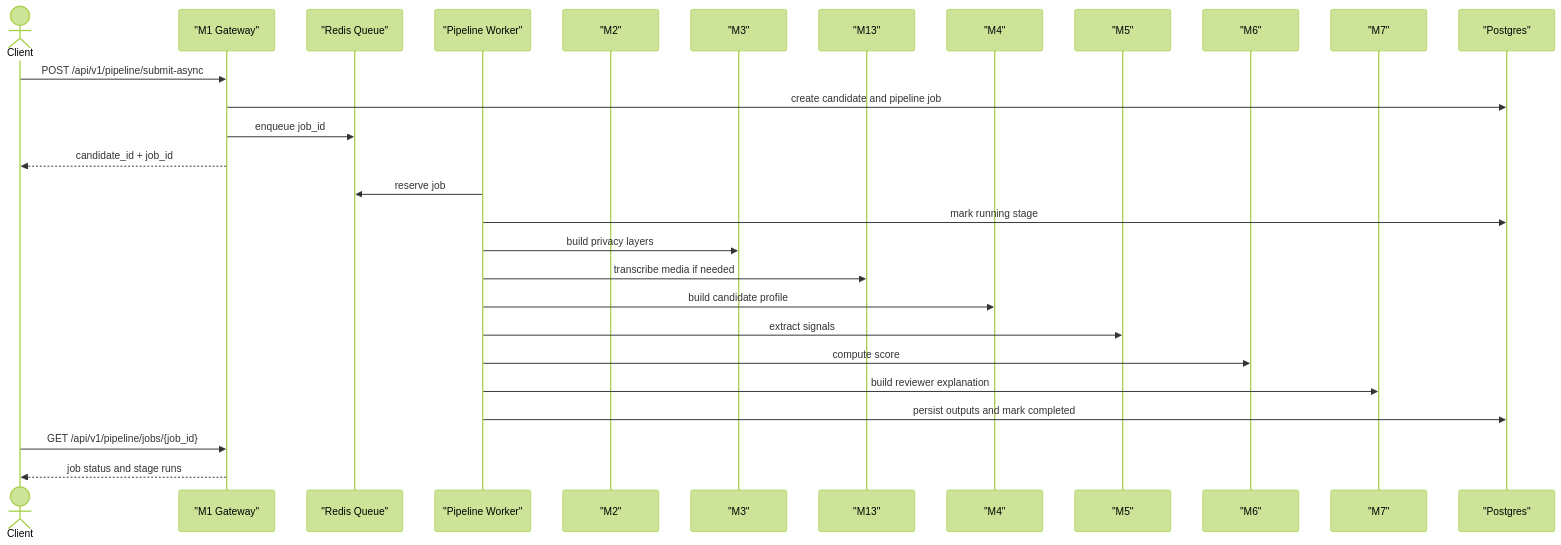
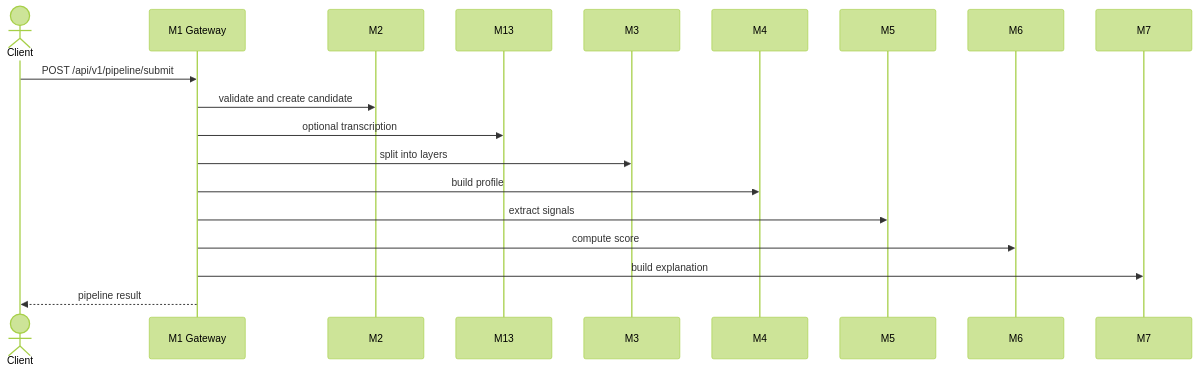
The first of 2 diagrams in docs/eng/API.md (alenisaw/invision_u_Vi-Ka), drawn with Mermaid (forest theme) before and after one commit. The commit also changed other lines of this file and 68 other files, not shown here.

````diff
--- a/docs/eng/API.md
+++ b/docs/eng/API.md
@@ -230,31 +170,22 @@
 ```mermaid
 sequenceDiagram
     actor Client
-    participant Gateway as "M1 Gateway"
-    participant Queue as "Redis Queue"
-    participant Worker as "Pipeline Worker"
-    participant Intake as "M2"
-    participant Privacy as "M3"
-    participant ASR as "M13"
-    participant Profile as "M4"
-    participant NLP as "M5"
-    participant Score as "M6"
-    participant Explain as "M7"
-    participant DB as "Postgres"
+    participant Gateway as M1 Gateway
+    participant Intake as M2
+    participant ASR as M13
+    participant Privacy as M3
+    participant Profile as M4
+    participant NLP as M5
+    participant Score as M6
+    participant Explain as M7
 
-    Client->>Gateway: POST /api/v1/pipeline/submit-async
-    Gateway->>DB: create candidate and pipeline job
-    Gateway->>Queue: enqueue job_id
-    Gateway-->>Client: candidate_id + job_id
-    Worker->>Queue: reserve job
-    Worker->>DB: mark running stage
-    Worker->>Privacy: build privacy layers
-    Worker->>ASR: transcribe media if needed
-    Worker->>Profile: build candidate profile
-    Worker->>NLP: extract signals
-    Worker->>Score: compute score
-    Worker->>Explain: build reviewer explanation
-    Worker->>DB: persist outputs and mark completed
-    Client->>Gateway: GET /api/v1/pipeline/jobs/{job_id}
-    Gateway-->>Client: job status and stage runs
+    Client->>Gateway: POST /api/v1/pipeline/submit
+    Gateway->>Intake: validate and create candidate
+    Gateway->>ASR: optional transcription
+    Gateway->>Privacy: split into layers
+    Gateway->>Profile: build profile
+    Gateway->>NLP: extract signals
+    Gateway->>Score: compute score
+    Gateway->>Explain: build explanation
+    Gateway-->>Client: pipeline result
 ```
````
